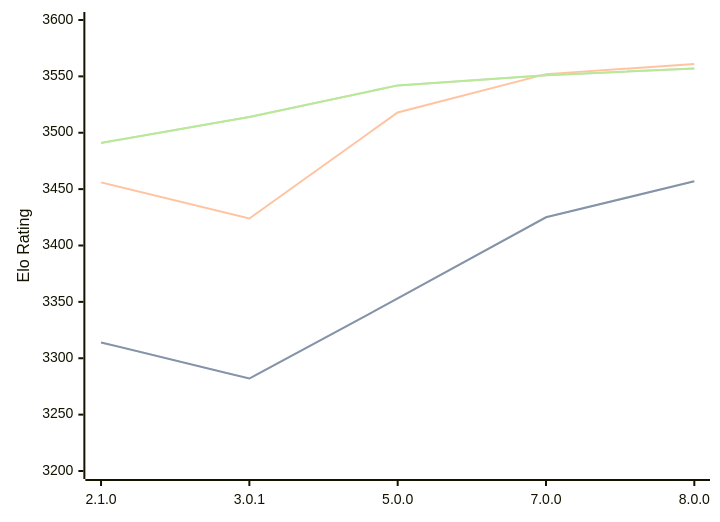
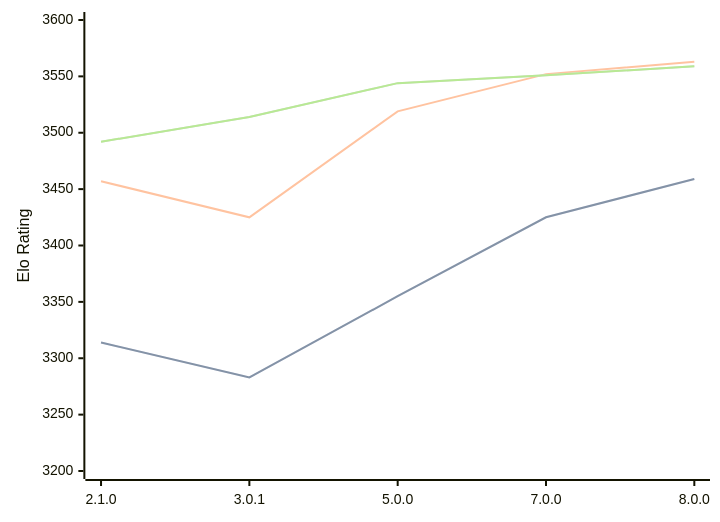
The diagram in engines/PlentyChess.md (computer-chess-index/cci), drawn with Mermaid before and after one commit. The commit also changed other lines of this file, not shown here.

Commit message:
Update CCI Ratings (ELO VLTC) - 2026-07-24

````diff
--- a/engines/PlentyChess.md
+++ b/engines/PlentyChess.md
@@ -46,11 +46,11 @@
 ```mermaid
 %%{init: {"theme":"base","themeVariables":{"seriesColors:['#a3a3a3','#222221','#faa371']}}}%%
 xychart-beta
   x-axis ["2.1.0", "3.0.1", "5.0.0", "7.0.0", "8.0.0"]
   y-axis "Elo Rating" 3200 --> 3600
-  line "STC (8.0+0.08s)" [3314, 3282, 3353, 3425, 3457]
-  line "STC (8.0+0.08s)" [3314, 3282, 3353, 3425, 3457]
-  line "LTC (60.0+0.60s)" [3456, 3424, 3518, 3552, 3561]
-  line "VLTC (2m24s+1.12s)" [3491, 3514, 3542, 3551, 3557]
-  line "VLTC (2m24s+1.12s)" [3491, 3514, 3542, 3551, 3557]
+  line "STC (8.0+0.08s)" [3314, 3283, 3355, 3425, 3459]
+  line "STC (8.0+0.08s)" [3314, 3283, 3355, 3425, 3459]
+  line "LTC (60.0+0.60s)" [3457, 3425, 3519, 3552, 3563]
+  line "VLTC (2m24s+1.12s)" [3492, 3514, 3544, 3551, 3559]
+  line "VLTC (2m24s+1.12s)" [3492, 3514, 3544, 3551, 3559]
 ```
````
